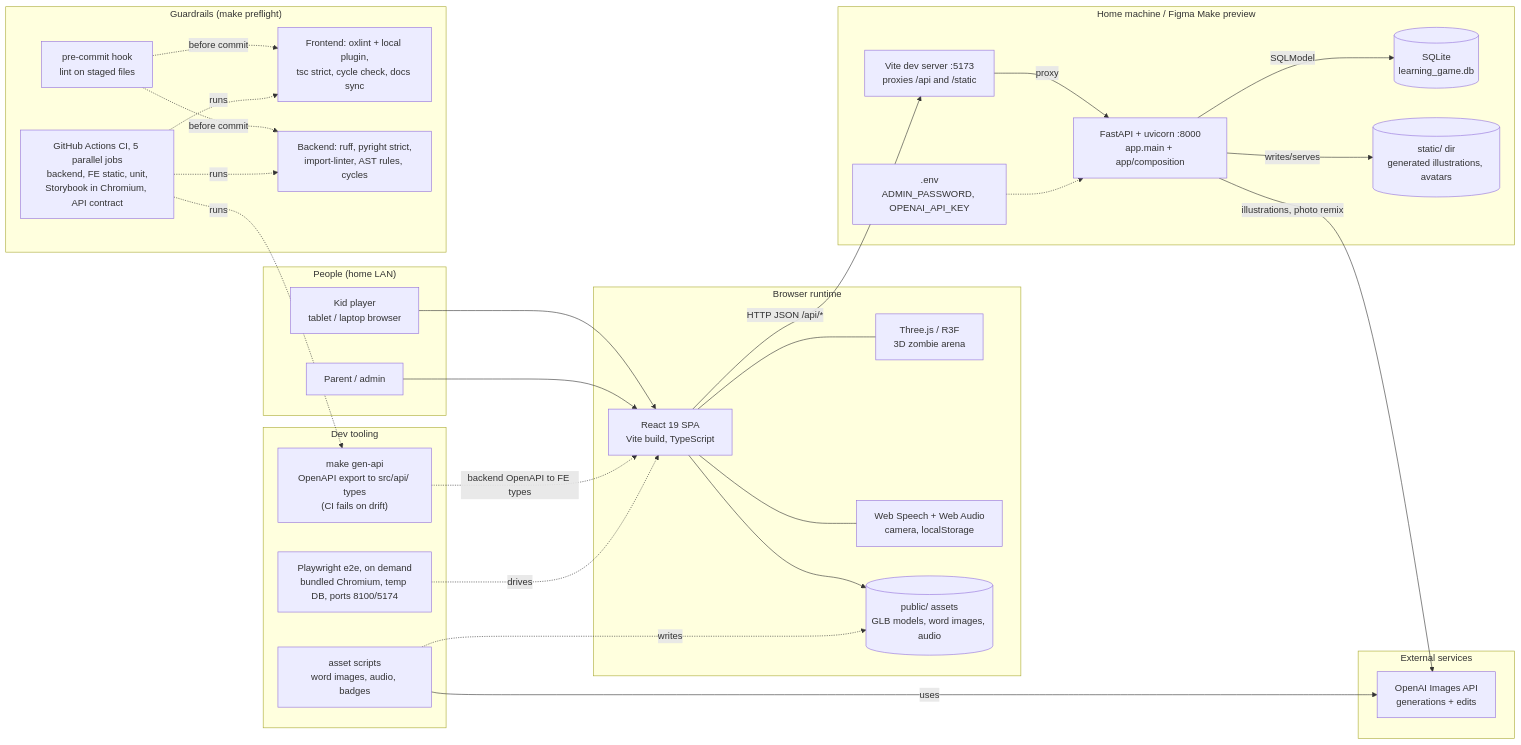
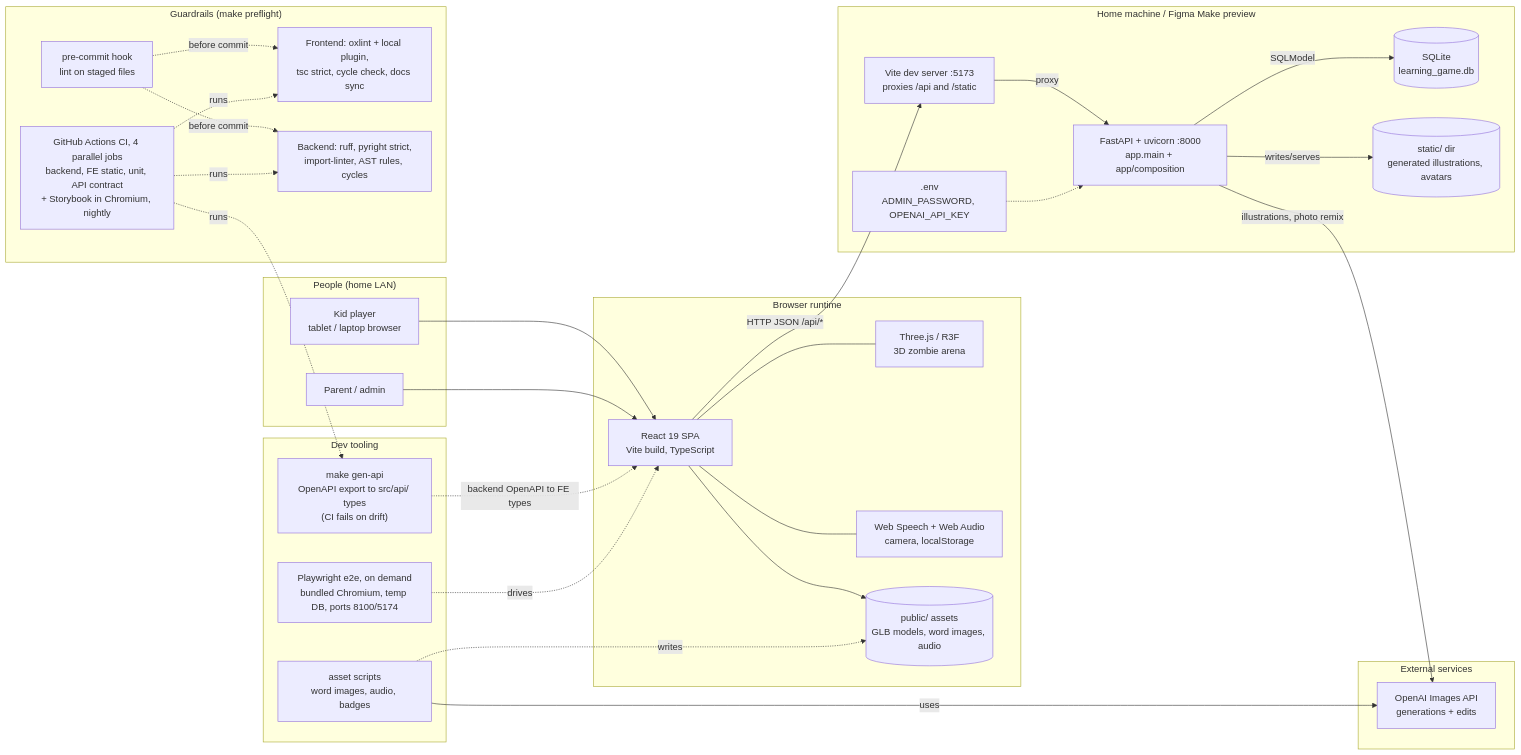
One commit to behroozkhorashadi/learning-game changed the diagram in docs/architecture/1-system.mmd. Above: the diagram before and after it, drawn with Mermaid. The commit also changed 133 other files, not shown here.

```diff
--- a/docs/architecture/1-system.mmd
+++ b/docs/architecture/1-system.mmd
@@ -1,55 +1,55 @@
 flowchart LR
   subgraph Users["People (home LAN)"]
     kid["Kid player<br/>tablet / laptop browser"]
     parent["Parent / admin"]
   end
 
   subgraph Browser["Browser runtime"]
     spa["React 19 SPA<br/>Vite build, TypeScript"]
     three["Three.js / R3F<br/>3D zombie arena"]
     webapis["Web Speech + Web Audio<br/>camera, localStorage"]
     glb[("public/ assets<br/>GLB models, word images, audio")]
   end
 
   subgraph Host["Home machine / Figma Make preview"]
     vite["Vite dev server :5173<br/>proxies /api and /static"]
     api["FastAPI + uvicorn :8000<br/>app.main + app/composition"]
     db[("SQLite<br/>learning_game.db")]
     static[("static/ dir<br/>generated illustrations, avatars")]
     env[".env<br/>ADMIN_PASSWORD, OPENAI_API_KEY"]
   end
 
   subgraph External["External services"]
     openai["OpenAI Images API<br/>generations + edits"]
   end
 
   subgraph Tooling["Dev tooling"]
     genapi["make gen-api<br/>OpenAPI export to src/api/ types<br/>(CI fails on drift)"]
     genassets["asset scripts<br/>word images, audio, badges"]
     e2e["Playwright e2e, on demand<br/>bundled Chromium, temp DB, ports 8100/5174"]
   end
 
   subgraph Guardrails["Guardrails (make preflight)"]
     felint["Frontend: oxlint + local plugin,<br/>tsc strict, cycle check, docs sync"]
     belint["Backend: ruff, pyright strict,<br/>import-linter, AST rules, cycles"]
     hook["pre-commit hook<br/>lint on staged files"]
-    ci["GitHub Actions CI, 5 parallel jobs<br/>backend, FE static, unit,<br/>Storybook in Chromium, API contract"]
+    ci["GitHub Actions CI, 4 parallel jobs<br/>backend, FE static, unit, API contract<br/>+ Storybook in Chromium, nightly"]
   end
 
   kid --> spa
   parent --> spa
   spa --- three
   spa --- webapis
   spa --> glb
   spa -- "HTTP JSON /api/*" --> vite
   vite -- proxy --> api
   api -- SQLModel --> db
   api -- writes/serves --> static
   env -.-> api
   api -- "illustrations, photo remix" --> openai
   genapi -. "backend OpenAPI to FE types" .-> spa
   genassets -- uses --> openai
   genassets -. writes .-> glb
   e2e -. drives .-> spa
   hook -. "before commit" .-> felint & belint
   ci -. runs .-> felint & belint & genapi
```
